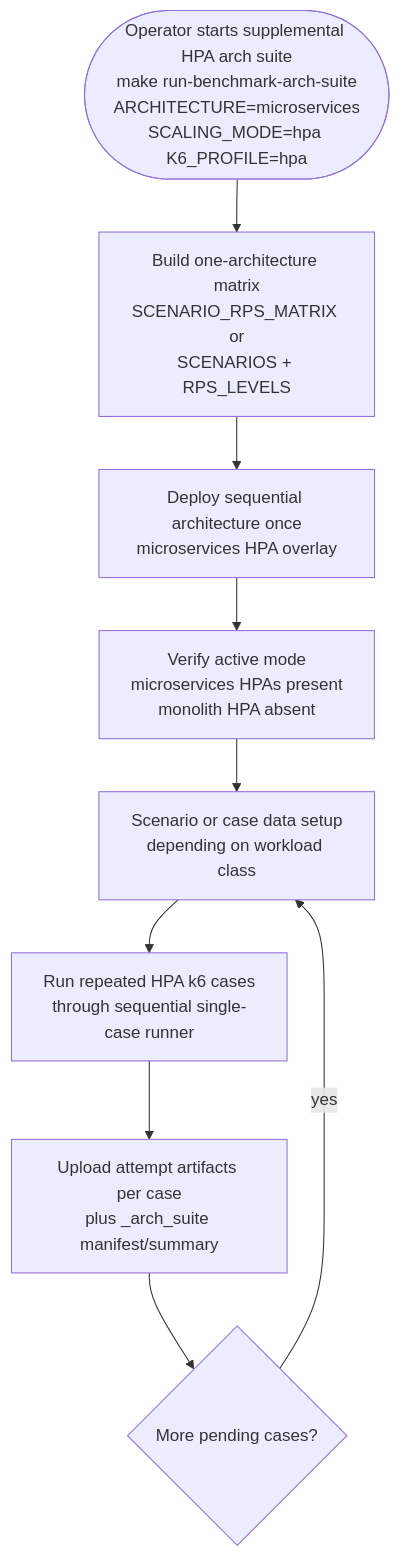
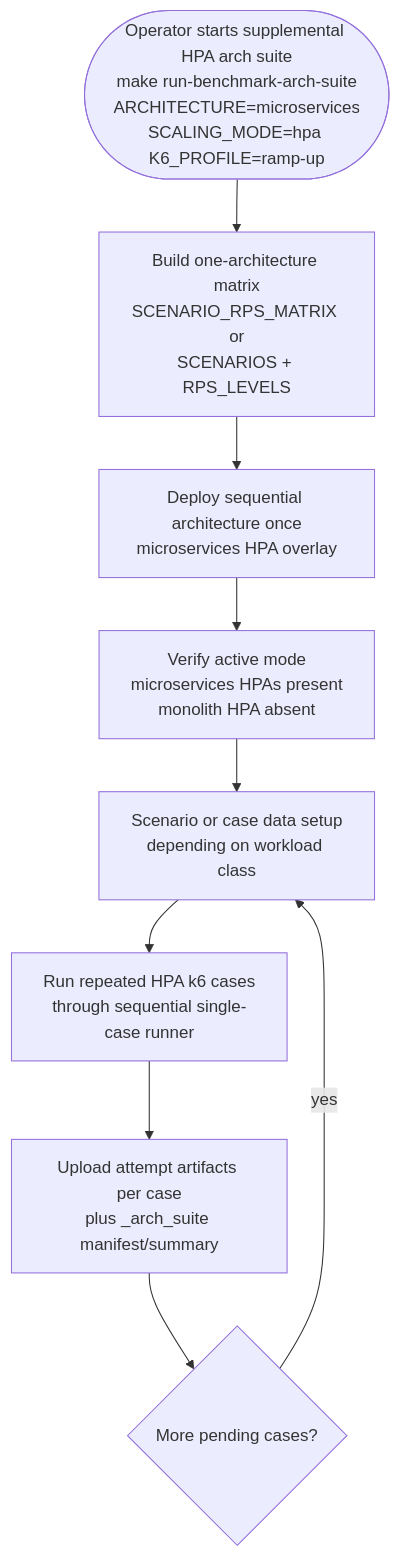
The third of 3 diagrams in docs/diagrams/vultr-sequential-suite-lifecycle.md (Ahmad-mufied/monolith-vs-microservice-thesis), drawn with Mermaid before and after one commit. The commit also changed 16 other files, not shown here.

Commit message:
refactor: rename k6 hpa profile to ramp-up and update all docs

````diff
--- a/docs/diagrams/vultr-sequential-suite-lifecycle.md
+++ b/docs/diagrams/vultr-sequential-suite-lifecycle.md
@@ -135,14 +135,14 @@
 ```mermaid
 flowchart TB
-  startHpa(["Operator starts supplemental HPA arch suite<br/>make run-benchmark-arch-suite<br/>ARCHITECTURE=microservices<br/>SCALING_MODE=hpa K6_PROFILE=hpa"])
+  startHpa(["Operator starts supplemental HPA arch suite<br/>make run-benchmark-arch-suite<br/>ARCHITECTURE=microservices<br/>SCALING_MODE=hpa K6_PROFILE=ramp-up"])
   matrixHpa["Build one-architecture matrix<br/>SCENARIO_RPS_MATRIX or<br/>SCENARIOS + RPS_LEVELS"]
   deploy["Deploy sequential architecture once<br/>microservices HPA overlay"]
   verify["Verify active mode<br/>microservices HPAs present<br/>monolith HPA absent"]
   setup["Scenario or case data setup<br/>depending on workload class"]
   k6["Run repeated HPA k6 cases<br/>through sequential single-case runner"]
   upload["Upload attempt artifacts per case<br/>plus _arch_suite manifest/summary"]
   repeat{"More pending cases?"}
 
   startHpa --> matrixHpa --> deploy --> verify --> setup --> k6 --> upload --> repeat
   repeat -- "yes" --> setup
 ```
````
